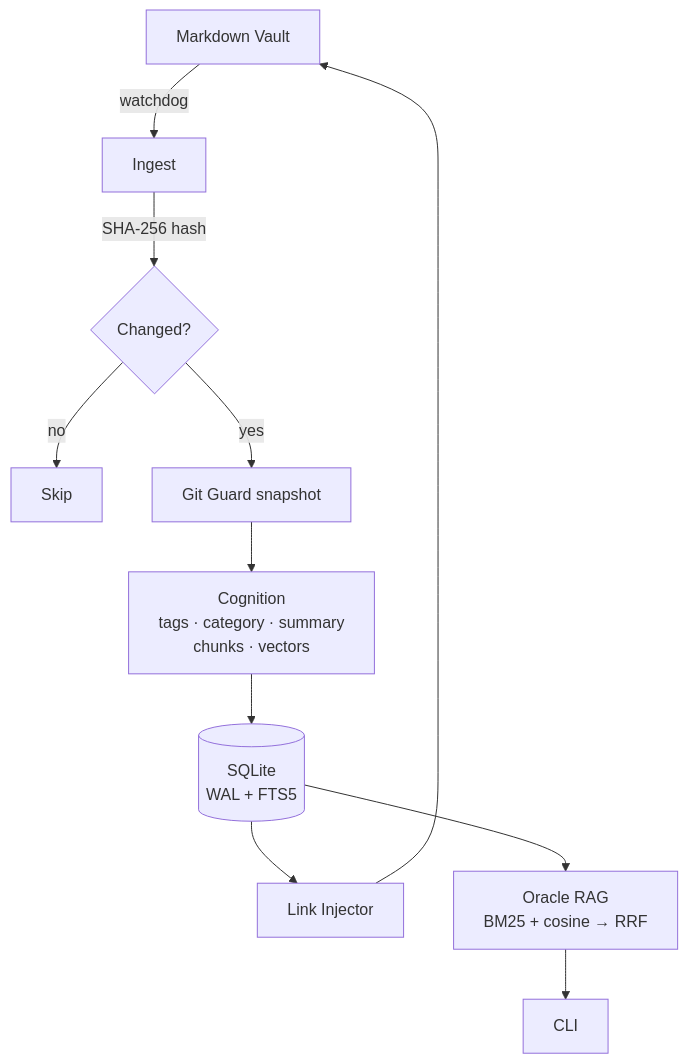
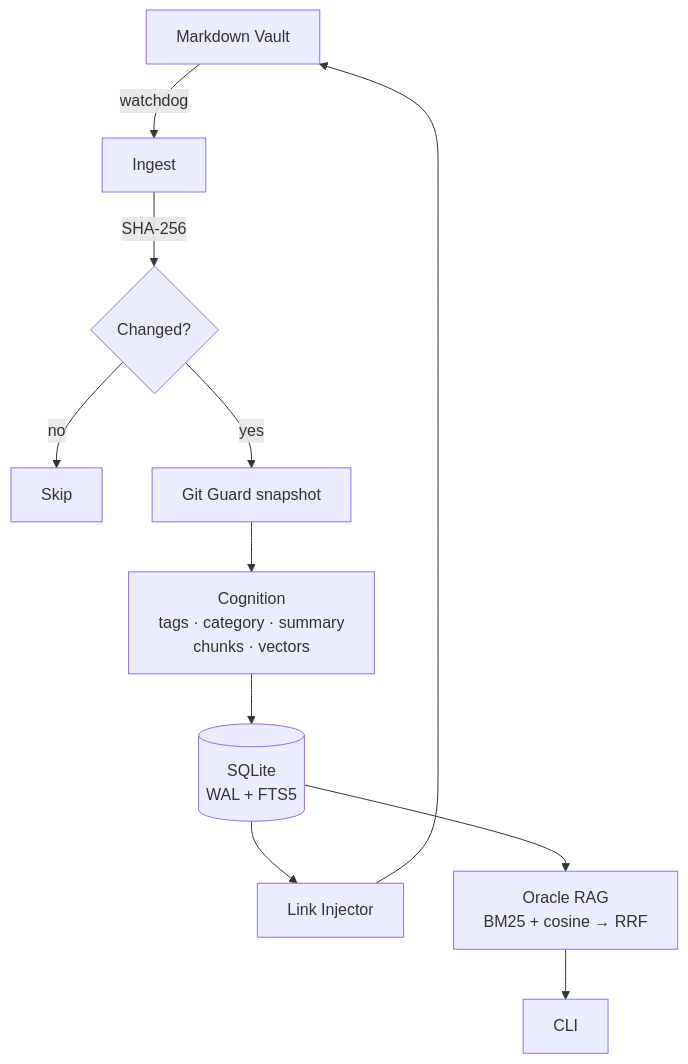
One commit to kahz12/Grimore-MD changed the diagram in README.md. Above: the diagram before and after it, drawn with Mermaid. The commit also changed other lines of this file and 11 other files, not shown here.

````diff
--- a/README.md
+++ b/README.md
@@ -99,13 +75,13 @@
 ```mermaid
 graph TD
     A["Markdown Vault"] -->|watchdog| B["Ingest"]
-    B -->|SHA-256 hash| C{"Changed?"}
+    B -->|SHA-256| C{"Changed?"}
     C -->|no| Z["Skip"]
     C -->|yes| D["Git Guard snapshot"]
     D --> E["Cognition<br/>tags · category · summary<br/>chunks · vectors"]
     E --> F[("SQLite<br/>WAL + FTS5")]
     F --> G["Link Injector"]
     G --> A
     F --> H["Oracle RAG<br/>BM25 + cosine → RRF"]
     H --> I["CLI"]
 ```
````
